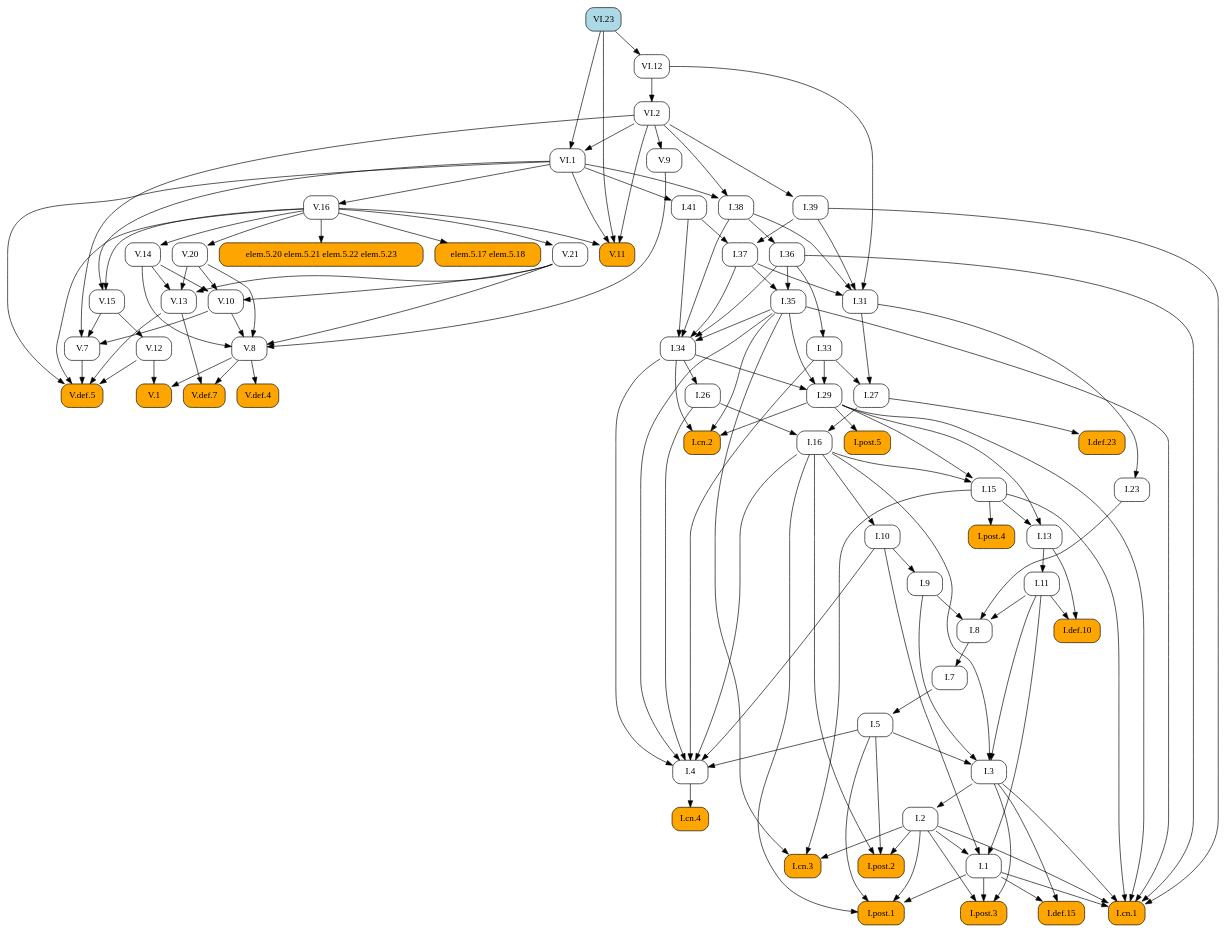
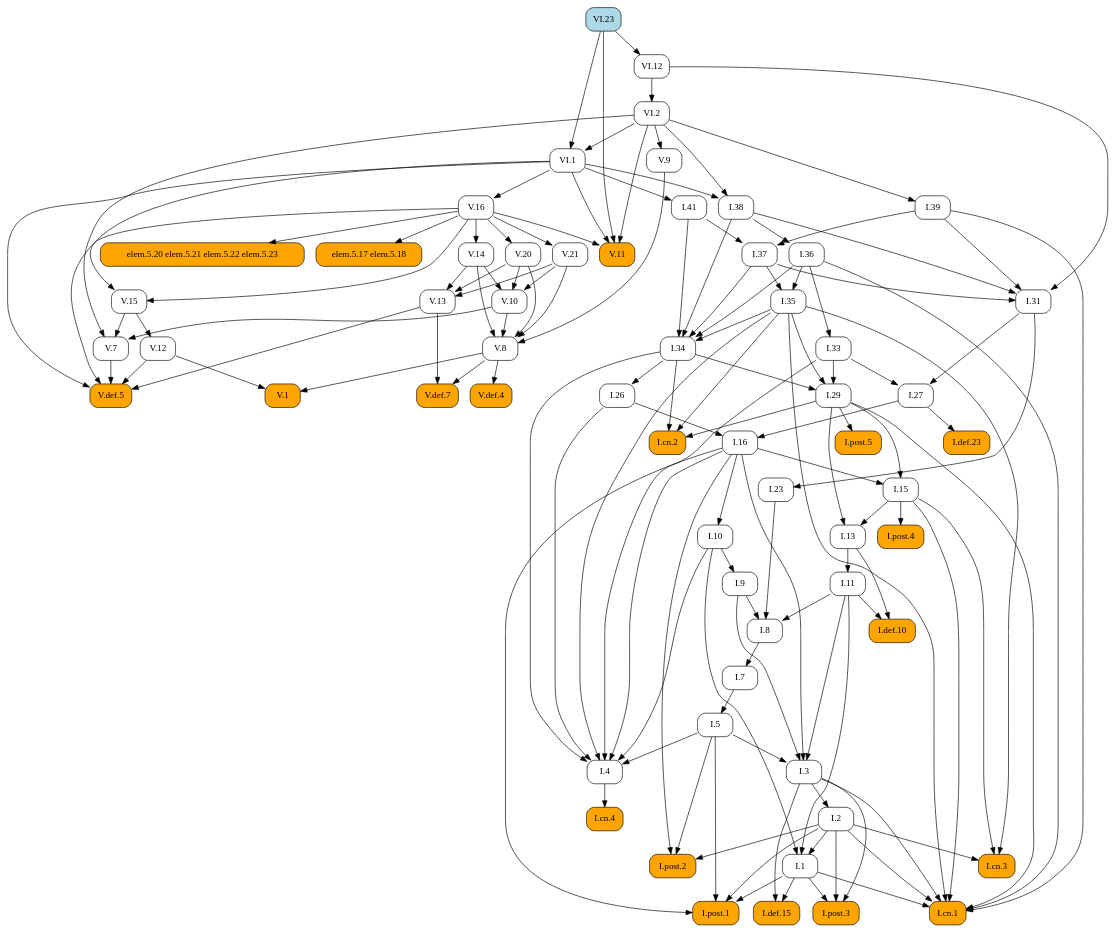
The diagram in docsrc/heath/VI/23/index.rst (geometor/elements), drawn with Graphviz before and after one commit. The commit also changed other lines of this file and 1029 other files, not shown here.

```diff
--- a/docsrc/heath/VI/23/index.rst
+++ b/docsrc/heath/VI/23/index.rst
@@ -69,180 +69,110 @@
    digraph {
      rankdir="TB";
      node [shape=box, style=rounded];
-     "V.1" [style="rounded,filled", fillcolor=orange, URL="/heath/V/1/", target="_top"];
+     "I.def.10" [style="rounded,filled", fillcolor=orange, URL="/heath/I/def.10/", target="_top"];
+     "I.11" [URL="/heath/I/11/", target="_top"];
+     "I.post.4" [style="rounded,filled", fillcolor=orange, URL="/heath/I/post.4/", target="_top"];
+     "I.1" [URL="/heath/I/1/", target="_top"];
+     "I.39" [URL="/heath/I/39/", target="_top"];
+     "VI.12" [URL="/heath/VI/12/", target="_top"];
+     "I.26" [URL="/heath/I/26/", target="_top"];
+     "V.14" [URL="/heath/V/14/", target="_top"];
+     "V.def.5" [style="rounded,filled", fillcolor=orange, URL="/heath/V/def.5/", target="_top"];
+     "I.29" [URL="/heath/I/29/", target="_top"];
+     "V.12" [URL="/heath/V/12/", target="_top"];
+     "VI.23" [style="rounded,filled", fillcolor=lightblue, URL="/heath/VI/23/", target="_top"];
+     "I.cn.2" [style="rounded,filled", fillcolor=orange, URL="/heath/I/cn.2/", target="_top"];
+     "V.20" [URL="/heath/V/20/", target="_top"];
+     "V.10" [URL="/heath/V/10/", target="_top"];
+     "V.11" [style="rounded,filled", fillcolor=orange, URL="/heath/V/11/", target="_top"];
+     "VI.2" [URL="/heath/VI/2/", target="_top"];
+     "V.13" [URL="/heath/V/13/", target="_top"];
+     "I.def.15" [style="rounded,filled", fillcolor=orange, URL="/heath/I/def.15/", target="_top"];
+     "V.15" [URL="/heath/V/15/", target="_top"];
+     "VI.1" [URL="/heath/VI/1/", target="_top"];
+     "I.post.3" [style="rounded,filled", fillcolor=orange, URL="/heath/I/post.3/", target="_top"];
+     "I.cn.1" [style="rounded,filled", fillcolor=orange, URL="/heath/I/cn.1/", target="_top"];
      "I.cn.3" [style="rounded,filled", fillcolor=orange, URL="/heath/I/cn.3/", target="_top"];
-     "I.29" [URL="/heath/I/29/", target="_top"];
-     "I.7" [URL="/heath/I/7/", target="_top"];
+     "V.7" [URL="/heath/V/7/", target="_top"];
+     "V.9" [URL="/heath/V/9/", target="_top"];
+     "V.16" [URL="/heath/V/16/", target="_top"];
+     "I.23" [URL="/heath/I/23/", target="_top"];
+     "I.post.1" [style="rounded,filled", fillcolor=orange, URL="/heath/I/post.1/", target="_top"];
+     "I.35" [URL="/heath/I/35/", target="_top"];
+     "I.41" [URL="/heath/I/41/", target="_top"];
+     "I.36" [URL="/heath/I/36/", target="_top"];
      "I.27" [URL="/heath/I/27/", target="_top"];
-     "I.38" [URL="/heath/I/38/", target="_top"];
-     "V.16" [URL="/heath/V/16/", target="_top"];
-     "V.15" [URL="/heath/V/15/", target="_top"];
+     "V.8" [URL="/heath/V/8/", target="_top"];
      "I.37" [URL="/heath/I/37/", target="_top"];
      "I.34" [URL="/heath/I/34/", target="_top"];
-     "V.20" [URL="/heath/V/20/", target="_top"];
+     "I.7" [URL="/heath/I/7/", target="_top"];
+     "I.3" [URL="/heath/I/3/", target="_top"];
+     "I.2" [URL="/heath/I/2/", target="_top"];
+     "I.4" [URL="/heath/I/4/", target="_top"];
+     "I.def.23" [style="rounded,filled", fillcolor=orange, URL="/heath/I/def.23/", target="_top"];
+     "I.13" [URL="/heath/I/13/", target="_top"];
+     "I.33" [URL="/heath/I/33/", target="_top"];
+     "I.31" [URL="/heath/I/31/", target="_top"];
+     "I.post.2" [style="rounded,filled", fillcolor=orange, URL="/heath/I/post.2/", target="_top"];
+     "V.1" [style="rounded,filled", fillcolor=orange, URL="/heath/V/1/", target="_top"];
+     "I.16" [URL="/heath/I/16/", target="_top"];
+     "elem.5.20 elem.5.21 elem.5.22 elem.5.23" [style="rounded,filled", fillcolor=orange];
+     "elem.5.17 elem.5.18" [style="rounded,filled", fillcolor=orange];
+     "I.9" [URL="/heath/I/9/", target="_top"];
      "I.8" [URL="/heath/I/8/", target="_top"];
-     "I.def.23" [style="rounded,filled", fillcolor=orange, URL="/heath/I/def.23/", target="_top"];
-     "I.9" [URL="/heath/I/9/", target="_top"];
+     "I.cn.4" [style="rounded,filled", fillcolor=orange, URL="/heath/I/cn.4/", target="_top"];
      "V.def.4" [style="rounded,filled", fillcolor=orange, URL="/heath/V/def.4/", target="_top"];
+     "I.15" [URL="/heath/I/15/", target="_top"];
+     "I.post.5" [style="rounded,filled", fillcolor=orange, URL="/heath/I/post.5/", target="_top"];
+     "I.38" [URL="/heath/I/38/", target="_top"];
+     "V.def.7" [style="rounded,filled", fillcolor=orange, URL="/heath/V/def.7/", target="_top"];
+     "I.10" [URL="/heath/I/10/", target="_top"];
+     "I.5" [URL="/heath/I/5/", target="_top"];
      "V.21" [URL="/heath/V/21/", target="_top"];
-     "V.8" [URL="/heath/V/8/", target="_top"];
-     "I.post.4" [style="rounded,filled", fillcolor=orange, URL="/heath/I/post.4/", target="_top"];
-     "I.2" [URL="/heath/I/2/", target="_top"];
-     "V.7" [URL="/heath/V/7/", target="_top"];
-     "I.1" [URL="/heath/I/1/", target="_top"];
-     "I.def.15" [style="rounded,filled", fillcolor=orange, URL="/heath/I/def.15/", target="_top"];
-     "V.13" [URL="/heath/V/13/", target="_top"];
-     "I.post.1" [style="rounded,filled", fillcolor=orange, URL="/heath/I/post.1/", target="_top"];
-     "I.cn.4" [style="rounded,filled", fillcolor=orange, URL="/heath/I/cn.4/", target="_top"];
-     "I.26" [URL="/heath/I/26/", target="_top"];
-     "I.33" [URL="/heath/I/33/", target="_top"];
-     "VI.2" [URL="/heath/VI/2/", target="_top"];
-     "V.def.7" [style="rounded,filled", fillcolor=orange, URL="/heath/V/def.7/", target="_top"];
-     "I.39" [URL="/heath/I/39/", target="_top"];
-     "elem.5.20 elem.5.21 elem.5.22 elem.5.23" [style="rounded,filled", fillcolor=orange];
-     "I.23" [URL="/heath/I/23/", target="_top"];
-     "I.13" [URL="/heath/I/13/", target="_top"];
-     "I.cn.2" [style="rounded,filled", fillcolor=orange, URL="/heath/I/cn.2/", target="_top"];
-     "I.5" [URL="/heath/I/5/", target="_top"];
-     "I.11" [URL="/heath/I/11/", target="_top"];
-     "V.10" [URL="/heath/V/10/", target="_top"];
-     "I.10" [URL="/heath/I/10/", target="_top"];
-     "I.4" [URL="/heath/I/4/", target="_top"];
-     "I.3" [URL="/heath/I/3/", target="_top"];
-     "I.16" [URL="/heath/I/16/", target="_top"];
-     "I.31" [URL="/heath/I/31/", target="_top"];
-     "I.def.10" [style="rounded,filled", fillcolor=orange, URL="/heath/I/def.10/", target="_top"];
-     "V.11" [style="rounded,filled", fillcolor=orange, URL="/heath/V/11/", target="_top"];
-     "I.post.2" [style="rounded,filled", fillcolor=orange, URL="/heath/I/post.2/", target="_top"];
-     "VI.12" [URL="/heath/VI/12/", target="_top"];
-     "I.post.3" [style="rounded,filled", fillcolor=orange, URL="/heath/I/post.3/", target="_top"];
-     "VI.1" [URL="/heath/VI/1/", target="_top"];
-     "V.9" [URL="/heath/V/9/", target="_top"];
-     "I.post.5" [style="rounded,filled", fillcolor=orange, URL="/heath/I/post.5/", target="_top"];
-     "VI.23" [style="rounded,filled", fillcolor=lightblue, URL="/heath/VI/23/", target="_top"];
-     "elem.5.17 elem.5.18" [style="rounded,filled", fillcolor=orange];
-     "I.36" [URL="/heath/I/36/", target="_top"];
-     "V.12" [URL="/heath/V/12/", target="_top"];
-     "I.35" [URL="/heath/I/35/", target="_top"];
-     "I.15" [URL="/heath/I/15/", target="_top"];
-     "I.cn.1" [style="rounded,filled", fillcolor=orange, URL="/heath/I/cn.1/", target="_top"];
-     "I.41" [URL="/heath/I/41/", target="_top"];
-     "V.def.5" [style="rounded,filled", fillcolor=orange, URL="/heath/V/def.5/", target="_top"];
-     "V.14" [URL="/heath/V/14/", target="_top"];
-     "V.8" -> "V.1";
-     "V.12" -> "V.1";
-     "I.2" -> "I.cn.3";
-     "I.15" -> "I.cn.3";
-     "I.35" -> "I.cn.3";
+     "I.11" -> "I.def.10";
+     "I.13" -> "I.def.10";
+     "I.13" -> "I.11";
+     "I.15" -> "I.post.4";
+     "I.2" -> "I.1";
+     "I.10" -> "I.1";
+     "I.11" -> "I.1";
+     "VI.2" -> "I.39";
+     "VI.23" -> "VI.12";
+     "I.34" -> "I.26";
+     "V.16" -> "V.14";
+     "V.7" -> "V.def.5";
+     "V.12" -> "V.def.5";
+     "V.13" -> "V.def.5";
+     "V.16" -> "V.def.5";
+     "VI.1" -> "V.def.5";
      "I.33" -> "I.29";
      "I.34" -> "I.29";
      "I.35" -> "I.29";
-     "I.8" -> "I.7";
-     "I.31" -> "I.27";
-     "I.33" -> "I.27";
-     "VI.1" -> "I.38";
-     "VI.2" -> "I.38";
-     "VI.1" -> "V.16";
-     "V.16" -> "V.15";
-     "VI.1" -> "V.15";
-     "I.39" -> "I.37";
-     "I.41" -> "I.37";
-     "I.35" -> "I.34";
-     "I.36" -> "I.34";
-     "I.37" -> "I.34";
-     "I.38" -> "I.34";
-     "I.41" -> "I.34";
-     "V.16" -> "V.20";
-     "I.9" -> "I.8";
-     "I.11" -> "I.8";
-     "I.23" -> "I.8";
-     "I.27" -> "I.def.23";
-     "I.10" -> "I.9";
-     "V.8" -> "V.def.4";
-     "V.16" -> "V.21";
-     "V.9" -> "V.8";
-     "V.10" -> "V.8";
-     "V.14" -> "V.8";
-     "V.20" -> "V.8";
-     "V.21" -> "V.8";
-     "I.15" -> "I.post.4";
-     "I.3" -> "I.2";
-     "V.10" -> "V.7";
-     "V.15" -> "V.7";
-     "VI.2" -> "V.7";
-     "I.2" -> "I.1";
-     "I.10" -> "I.1";
-     "I.11" -> "I.1";
-     "I.1" -> "I.def.15";
-     "I.3" -> "I.def.15";
-     "V.14" -> "V.13";
-     "V.20" -> "V.13";
-     "V.21" -> "V.13";
-     "I.1" -> "I.post.1";
-     "I.2" -> "I.post.1";
-     "I.5" -> "I.post.1";
-     "I.16" -> "I.post.1";
-     "I.4" -> "I.cn.4";
-     "I.34" -> "I.26";
-     "I.36" -> "I.33";
-     "VI.12" -> "VI.2";
-     "V.8" -> "V.def.7";
-     "V.13" -> "V.def.7";
-     "VI.2" -> "I.39";
-     "V.16" -> "elem.5.20 elem.5.21 elem.5.22 elem.5.23";
-     "I.31" -> "I.23";
-     "I.15" -> "I.13";
-     "I.29" -> "I.13";
+     "V.15" -> "V.12";
      "I.29" -> "I.cn.2";
      "I.34" -> "I.cn.2";
      "I.35" -> "I.cn.2";
-     "I.7" -> "I.5";
-     "I.13" -> "I.11";
+     "V.16" -> "V.20";
      "V.14" -> "V.10";
      "V.20" -> "V.10";
      "V.21" -> "V.10";
-     "I.16" -> "I.10";
-     "I.5" -> "I.4";
-     "I.10" -> "I.4";
-     "I.16" -> "I.4";
-     "I.26" -> "I.4";
-     "I.33" -> "I.4";
-     "I.34" -> "I.4";
-     "I.35" -> "I.4";
-     "I.5" -> "I.3";
-     "I.9" -> "I.3";
-     "I.11" -> "I.3";
-     "I.16" -> "I.3";
-     "I.26" -> "I.16";
-     "I.27" -> "I.16";
-     "I.37" -> "I.31";
-     "I.38" -> "I.31";
-     "I.39" -> "I.31";
-     "VI.12" -> "I.31";
-     "I.11" -> "I.def.10";
-     "I.13" -> "I.def.10";
      "V.16" -> "V.11";
      "VI.1" -> "V.11";
      "VI.2" -> "V.11";
      "VI.23" -> "V.11";
-     "I.2" -> "I.post.2";
-     "I.5" -> "I.post.2";
-     "I.16" -> "I.post.2";
-     "VI.23" -> "VI.12";
+     "VI.12" -> "VI.2";
+     "V.14" -> "V.13";
+     "V.20" -> "V.13";
+     "V.21" -> "V.13";
+     "I.1" -> "I.def.15";
+     "I.3" -> "I.def.15";
+     "V.16" -> "V.15";
+     "VI.1" -> "V.15";
+     "VI.2" -> "VI.1";
+     "VI.23" -> "VI.1";
      "I.1" -> "I.post.3";
      "I.2" -> "I.post.3";
      "I.3" -> "I.post.3";
-     "VI.2" -> "VI.1";
-     "VI.23" -> "VI.1";
-     "VI.2" -> "V.9";
-     "I.29" -> "I.post.5";
-     "V.16" -> "elem.5.17 elem.5.18";
-     "I.38" -> "I.36";
-     "V.15" -> "V.12";
-     "I.36" -> "I.35";
-     "I.37" -> "I.35";
-     "I.16" -> "I.15";
-     "I.29" -> "I.15";
      "I.1" -> "I.cn.1";
      "I.2" -> "I.cn.1";
      "I.3" -> "I.cn.1";
@@ -251,11 +181,81 @@
      "I.35" -> "I.cn.1";
      "I.36" -> "I.cn.1";
      "I.39" -> "I.cn.1";
+     "I.2" -> "I.cn.3";
+     "I.15" -> "I.cn.3";
+     "I.35" -> "I.cn.3";
+     "V.10" -> "V.7";
+     "V.15" -> "V.7";
+     "VI.2" -> "V.7";
+     "VI.2" -> "V.9";
+     "VI.1" -> "V.16";
+     "I.31" -> "I.23";
+     "I.1" -> "I.post.1";
+     "I.2" -> "I.post.1";
+     "I.5" -> "I.post.1";
+     "I.16" -> "I.post.1";
+     "I.36" -> "I.35";
+     "I.37" -> "I.35";
      "VI.1" -> "I.41";
-     "V.7" -> "V.def.5";
-     "V.12" -> "V.def.5";
-     "V.13" -> "V.def.5";
-     "V.16" -> "V.def.5";
-     "VI.1" -> "V.def.5";
-     "V.16" -> "V.14";
+     "I.38" -> "I.36";
+     "I.31" -> "I.27";
+     "I.33" -> "I.27";
+     "V.9" -> "V.8";
+     "V.10" -> "V.8";
+     "V.14" -> "V.8";
+     "V.20" -> "V.8";
+     "V.21" -> "V.8";
+     "I.39" -> "I.37";
+     "I.41" -> "I.37";
+     "I.35" -> "I.34";
+     "I.36" -> "I.34";
+     "I.37" -> "I.34";
+     "I.38" -> "I.34";
+     "I.41" -> "I.34";
+     "I.8" -> "I.7";
+     "I.5" -> "I.3";
+     "I.9" -> "I.3";
+     "I.11" -> "I.3";
+     "I.16" -> "I.3";
+     "I.3" -> "I.2";
+     "I.5" -> "I.4";
+     "I.10" -> "I.4";
+     "I.16" -> "I.4";
+     "I.26" -> "I.4";
+     "I.33" -> "I.4";
+     "I.34" -> "I.4";
+     "I.35" -> "I.4";
+     "I.27" -> "I.def.23";
+     "I.15" -> "I.13";
+     "I.29" -> "I.13";
+     "I.36" -> "I.33";
+     "I.37" -> "I.31";
+     "I.38" -> "I.31";
+     "I.39" -> "I.31";
+     "VI.12" -> "I.31";
+     "I.2" -> "I.post.2";
+     "I.5" -> "I.post.2";
+     "I.16" -> "I.post.2";
+     "V.8" -> "V.1";
+     "V.12" -> "V.1";
+     "I.26" -> "I.16";
+     "I.27" -> "I.16";
+     "V.16" -> "elem.5.20 elem.5.21 elem.5.22 elem.5.23";
+     "V.16" -> "elem.5.17 elem.5.18";
+     "I.10" -> "I.9";
+     "I.9" -> "I.8";
+     "I.11" -> "I.8";
+     "I.23" -> "I.8";
+     "I.4" -> "I.cn.4";
+     "V.8" -> "V.def.4";
+     "I.16" -> "I.15";
+     "I.29" -> "I.15";
+     "I.29" -> "I.post.5";
+     "VI.1" -> "I.38";
+     "VI.2" -> "I.38";
+     "V.8" -> "V.def.7";
+     "V.13" -> "V.def.7";
+     "I.16" -> "I.10";
+     "I.7" -> "I.5";
+     "V.16" -> "V.21";
    }
```
